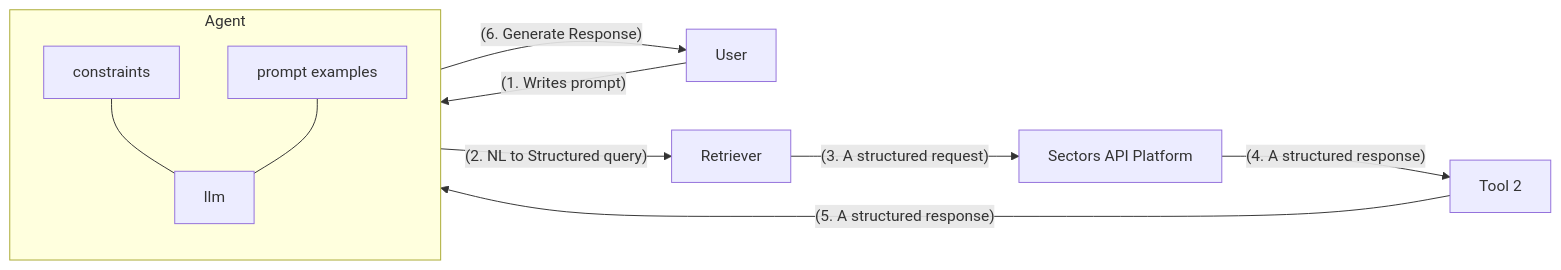
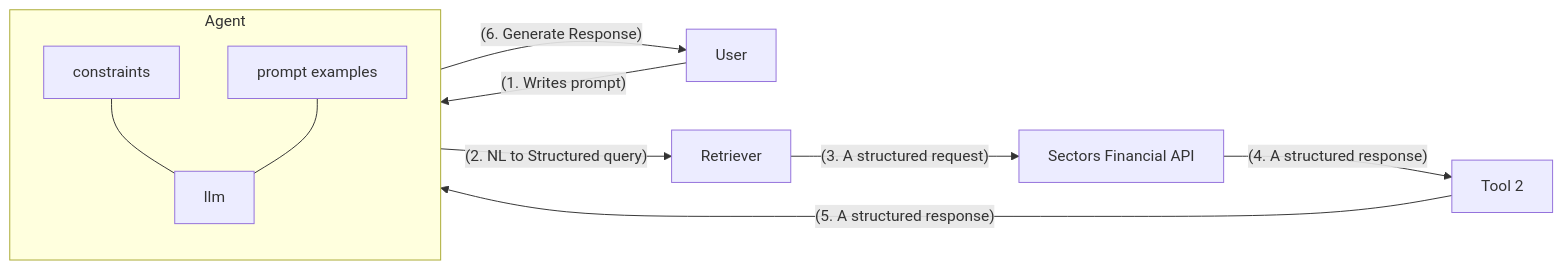
Before and after one commit to supertypeai/sectors_api_docs: the first of 2 diagrams in recipes/generative-ai-python/03-structured-output.mdx, drawn with Mermaid. The commit also changed 2 other files, not shown here.

Commit message:
[Fix] update 'Sectors API platform' term into 'Sectors Financial API'

````diff
--- a/recipes/generative-ai-python/03-structured-output.mdx
+++ b/recipes/generative-ai-python/03-structured-output.mdx
@@ -22,15 +22,15 @@
 ```mermaid
   flowchart LR
     subgraph Agent
         direction TB
         top1[constraints] --- llm[llm]
         top2[prompt examples] --- llm
     end
 
     User -- (1. Writes prompt) --> Agent
     llm -- (2. NL to Structured query) --> Retriever
-    Retriever -- (3. A structured request) --> db["Sectors API Platform"]
+    Retriever -- (3. A structured request) --> db["Sectors Financial API"]
     db -- (4. A structured response) --> downstream["Tool 2"]
     downstream -- (5. A structured response) --> llm
     llm -- (6. Generate Response) --> User
 ```
````
